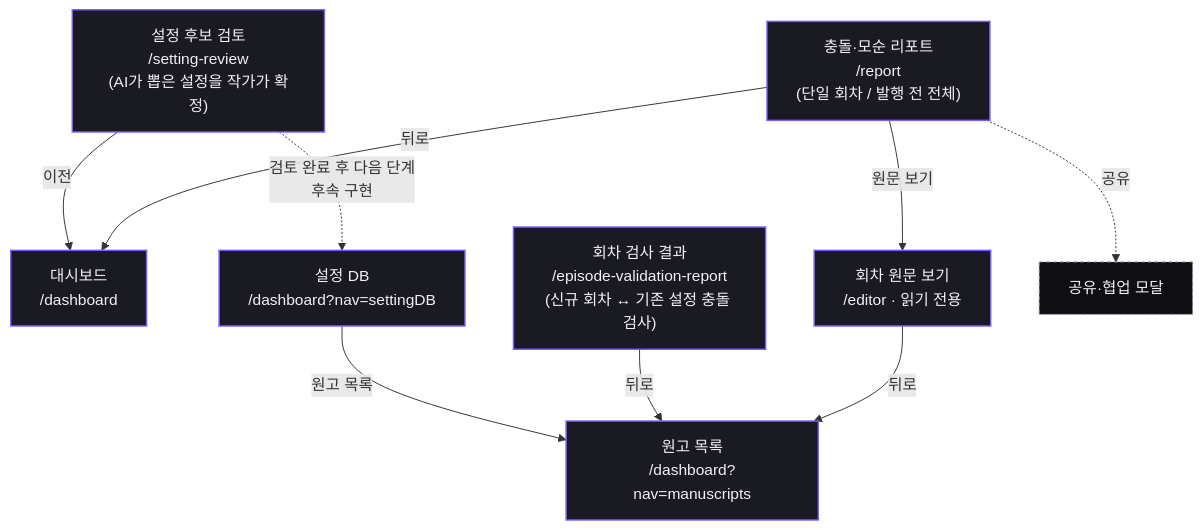
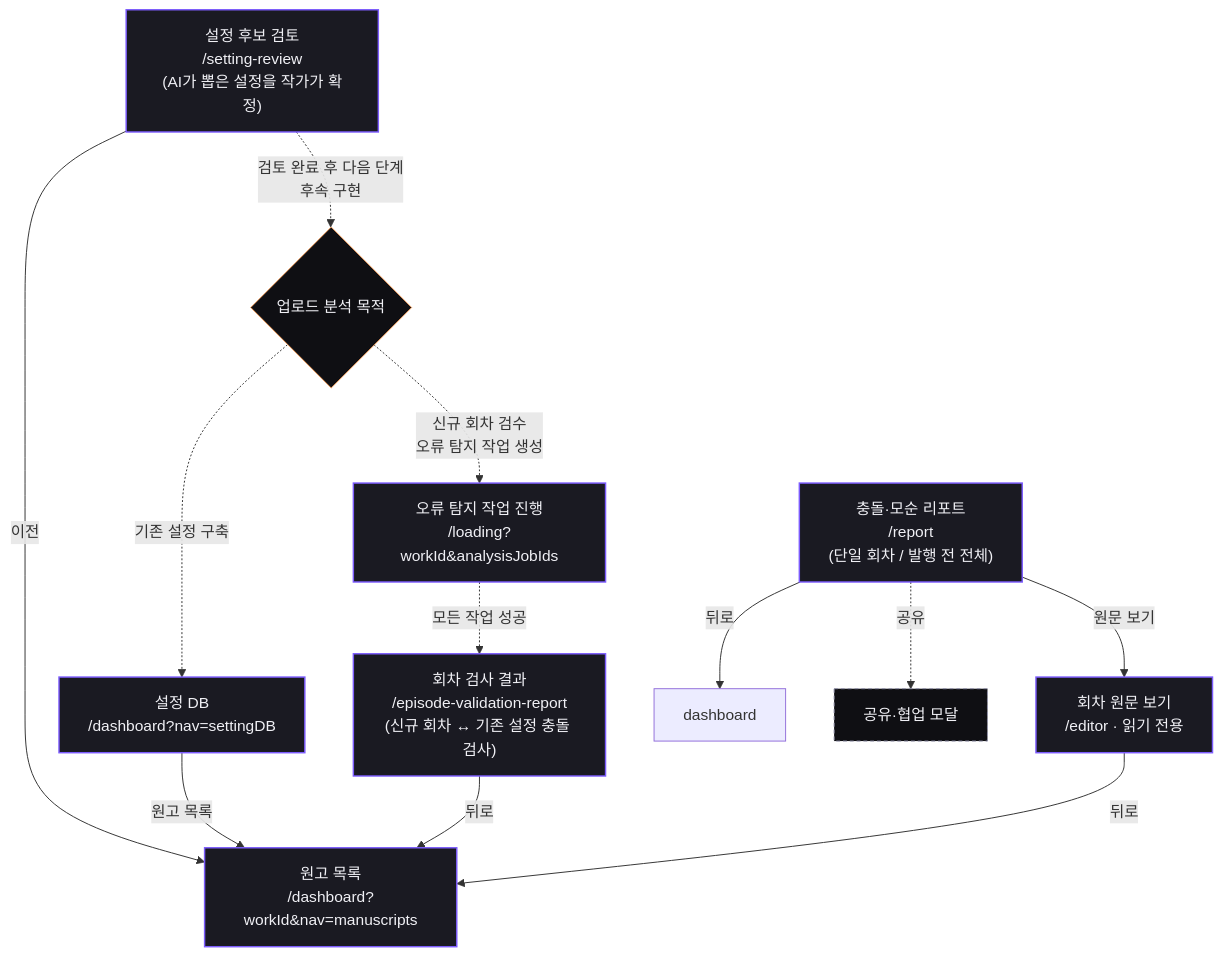
Before and after one commit to catchhole-soma/catchhole-front: the seventh of 7 diagrams in docs/screen-flow.md, drawn with Mermaid. The commit also changed other lines of this file and 7 other files, not shown here.

First line of the commit message:
feat(setting-review): 분석 목적별 검토 진입을 연결한다

````diff
--- a/docs/screen-flow.md
+++ b/docs/screen-flow.md
@@ -361,21 +356,27 @@
 ```mermaid
 flowchart TD
   review["설정 후보 검토<br/>/setting-review<br/>(AI가 뽑은 설정을 작가가 확정)"]:::private
-  review -- "이전" --> dashboard["대시보드<br/>/dashboard"]:::private
+  review -- "이전" --> manuscripts["원고 목록<br/>/dashboard?workId&nav=manuscripts"]:::private
 
   settingDB["설정 DB<br/>/dashboard?nav=settingDB"]:::private
-  review -. "검토 완료 후 다음 단계<br/>후속 구현" .-> settingDB
-  settingDB -- "원고 목록" --> manuscripts["원고 목록<br/>/dashboard?nav=manuscripts"]:::private
+  purpose{"업로드 분석 목적"}:::decision
+  review -. "검토 완료 후 다음 단계<br/>후속 구현" .-> purpose
+  purpose -. "기존 설정 구축" .-> settingDB
+  settingDB -- "원고 목록" --> manuscripts
 
   valreport["회차 검사 결과<br/>/episode-validation-report<br/>(신규 회차 ↔ 기존 설정 충돌 검사)"]:::private
+  validation["오류 탐지 작업 진행<br/>/loading?workId&analysisJobIds"]:::private
+  purpose -. "신규 회차 검수<br/>오류 탐지 작업 생성" .-> validation
+  validation -. "모든 작업 성공" .-> valreport
   valreport -- "뒤로" --> manuscripts
 
   report["충돌·모순 리포트<br/>/report<br/>(단일 회차 / 발행 전 전체)"]:::private
   report -- "원문 보기" --> source["회차 원문 보기<br/>/editor · 읽기 전용"]:::private
   source -- "뒤로" --> manuscripts
   report -- "뒤로" --> dashboard
   report -. "공유" .-> share["공유·협업 모달"]:::modal
 
   classDef private fill:#1A1A22,stroke:#7C5CFC,stroke-width:1.5px,color:#F0F0F5;
   classDef modal fill:#0F0F13,stroke:#9090A8,stroke-dasharray:4 3,color:#F0F0F5;
+  classDef decision fill:#0F0F13,stroke:#F4A261,color:#F0F0F5;
 ```
````
